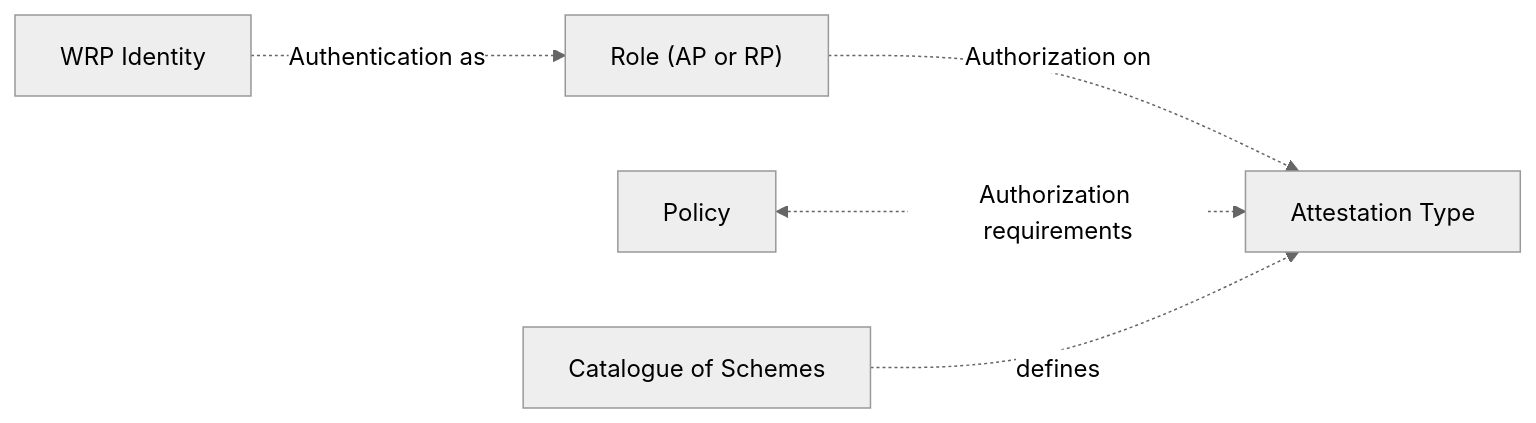
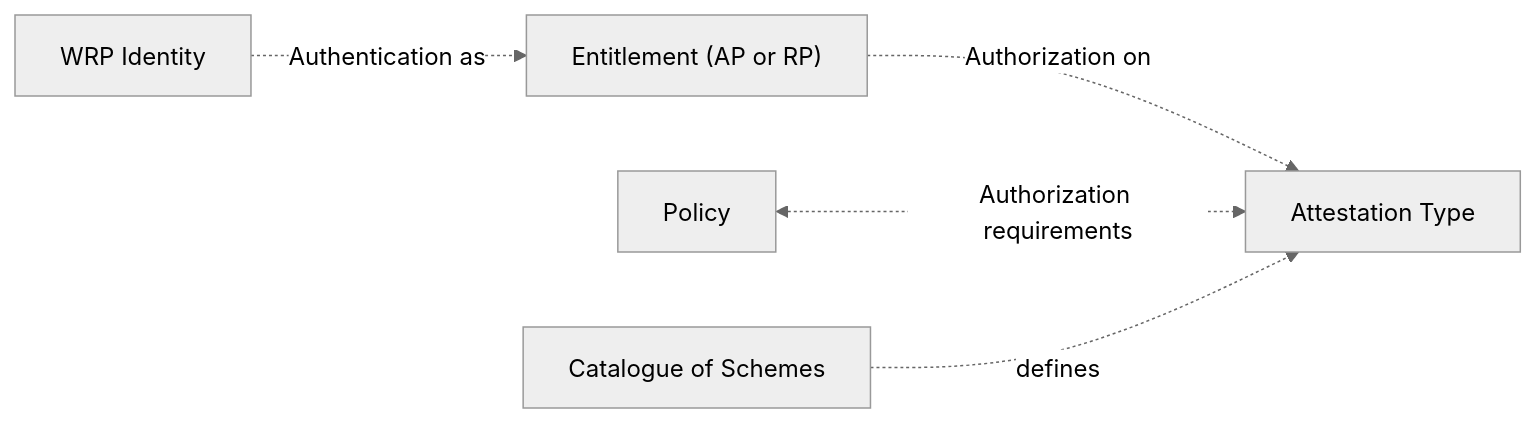
One commit to APTITUDE-Consortium/wp2-trust-specifications changed the first of 3 diagrams in topics/trust-management-process.md. Above: the diagram before and after it, drawn with Mermaid (neutral theme). The commit also changed other lines of this file, not shown here.

````diff
--- a/topics/trust-management-process.md
+++ b/topics/trust-management-process.md
@@ -47,7 +47,7 @@
 ```mermaid graph
 flowchart LR
-    WEP["WRP Identity"]-.->|Authentication as| Role["Role (AP or RP)"]
+    WEP["WRP Identity"]-.->|Authentication as| Role["Entitlement (AP or RP)"]
     Role -.->|Authorization on| Cred["Attestation Type"]
 Policy<-.->|Authorization requirements|Cred
 Cat["Catalogue of Schemes"]-.->|defines|Cred
 ```
````
